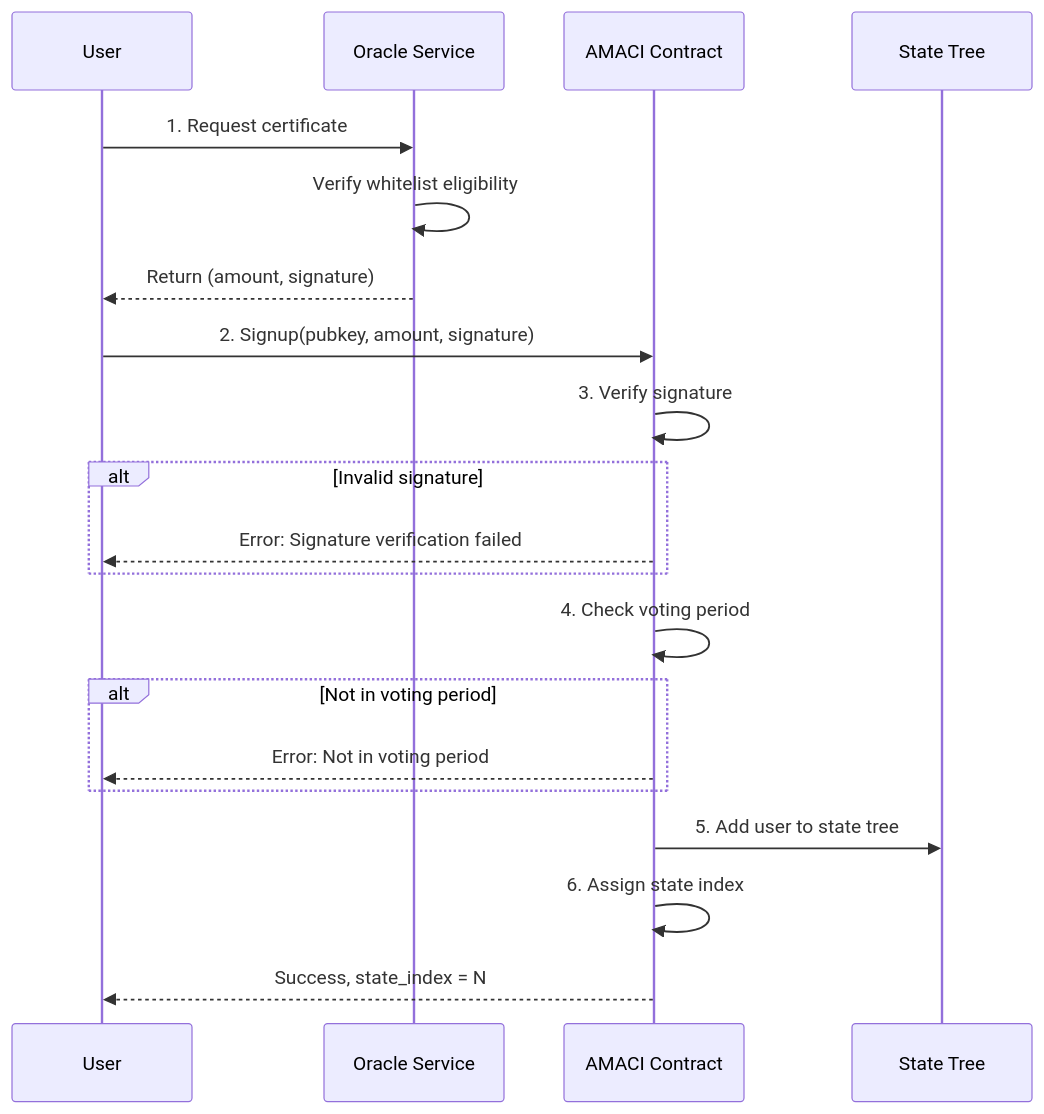
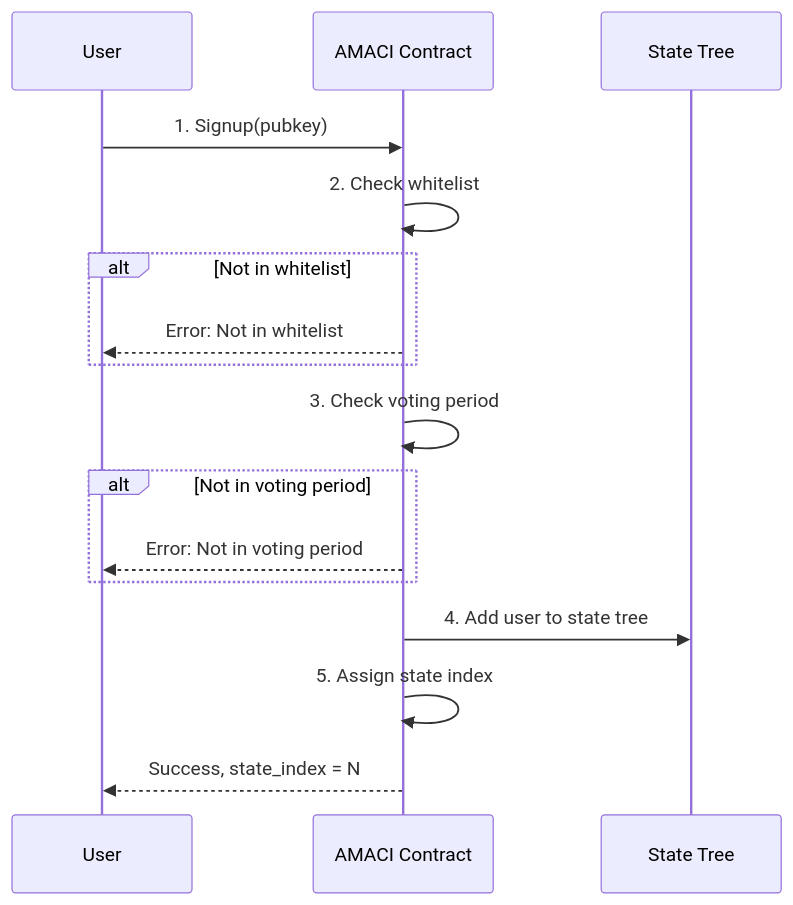
Before and after one commit to DoraFactory/maci: the second of 7 diagrams in docs/content/en/docs/contracts/amaci.mdx, drawn with Mermaid. The commit also changed other lines of this file and 29 other files, not shown here.

````diff
--- a/docs/content/en/docs/contracts/amaci.mdx
+++ b/docs/content/en/docs/contracts/amaci.mdx
@@ -46,22 +44,18 @@
 ```mermaid
 sequenceDiagram
     participant User as User
-    participant Oracle as Oracle Service
     participant AMACI as AMACI Contract
     participant Storage as State Tree
-    User->>Oracle: 1. Request certificate
-    Oracle->>Oracle: Verify whitelist eligibility
-    Oracle-->>User: Return (amount, signature)
-    User->>AMACI: 2. Signup(pubkey, amount, signature)
-    AMACI->>AMACI: 3. Verify signature
-    alt Invalid signature
-        AMACI-->>User: Error: Signature verification failed
+    User->>AMACI: 1. Signup(pubkey)
+    AMACI->>AMACI: 2. Check whitelist
+    alt Not in whitelist
+        AMACI-->>User: Error: Not in whitelist
     end
-    AMACI->>AMACI: 4. Check voting period
+    AMACI->>AMACI: 3. Check voting period
     alt Not in voting period
         AMACI-->>User: Error: Not in voting period
     end
-    AMACI->>Storage: 5. Add user to state tree
-    AMACI->>AMACI: 6. Assign state index
+    AMACI->>Storage: 4. Add user to state tree
+    AMACI->>AMACI: 5. Assign state index
     AMACI-->>User: Success, state_index = N
 ```
````
